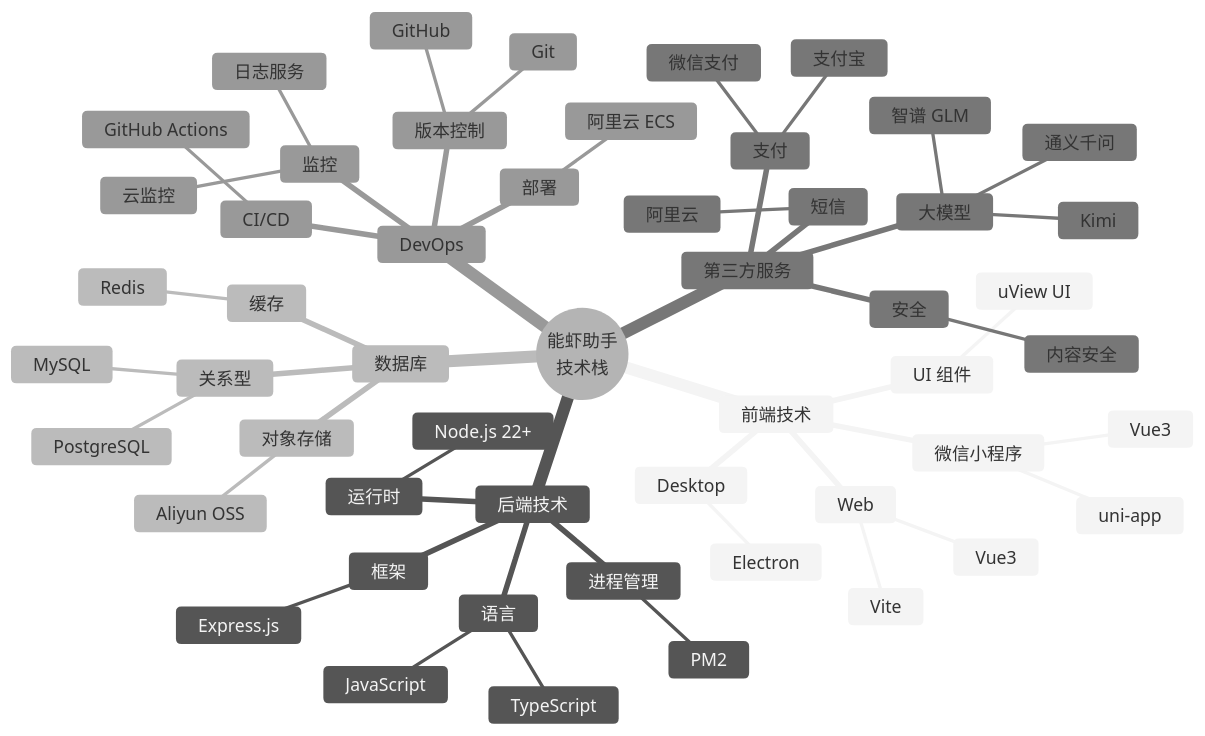
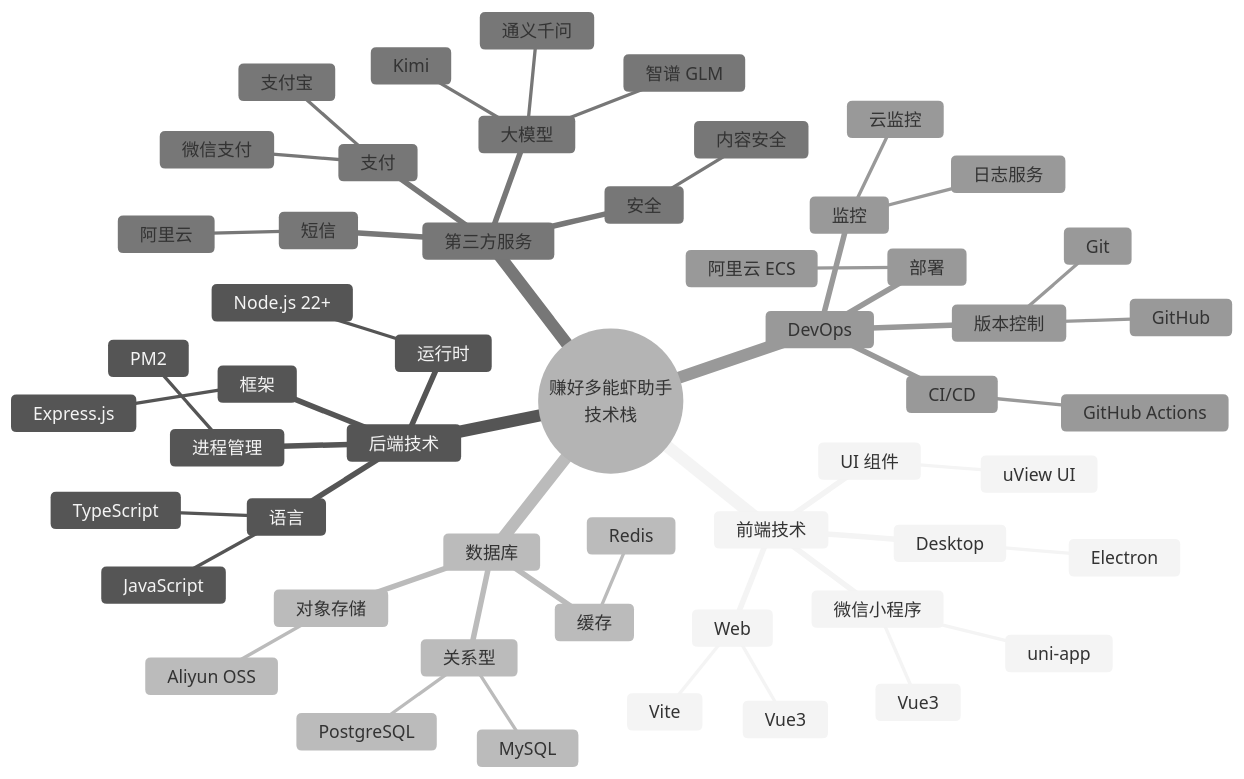
One commit to DonaldDuck618/lobster-app changed the ninth of 10 diagrams in docs/ARCHITECTURE_VISUAL.md. Above: the diagram before and after it, drawn with Mermaid (neutral theme). The commit also changed other lines of this file and 95 other files, not shown here.

First line of the commit message:
feat: 产品更名 - 能虾助手 → 赚好多能虾助手

````diff
--- a/docs/ARCHITECTURE_VISUAL.md
+++ b/docs/ARCHITECTURE_VISUAL.md
@@ -402,56 +402,56 @@
 ```mermaid
 mindmap
-  root((能虾助手<br/>技术栈))
+  root((赚好多能虾助手<br/>技术栈))
     前端技术
       微信小程序
         uni-app
         Vue3
       Web
         Vite
         Vue3
       Desktop
         Electron
       UI 组件
         uView UI
     后端技术
       运行时
         Node.js 22+
       框架
         Express.js
       语言
         JavaScript
         TypeScript
       进程管理
         PM2
     数据库
       关系型
         PostgreSQL
         MySQL
       缓存
         Redis
       对象存储
         Aliyun OSS
     第三方服务
       大模型
         通义千问
         智谱 GLM
         Kimi
       短信
         阿里云
       支付
         微信支付
         支付宝
       安全
         内容安全
     DevOps
       版本控制
         Git
         GitHub
       CI/CD
         GitHub Actions
       监控
         云监控
         日志服务
       部署
         阿里云 ECS
 ```
````
